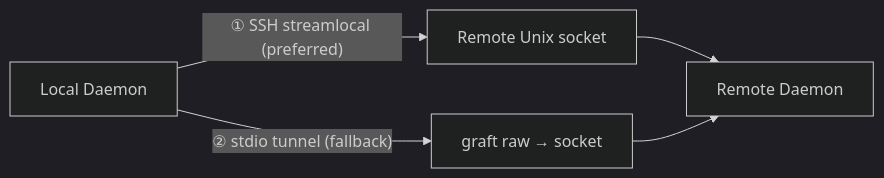
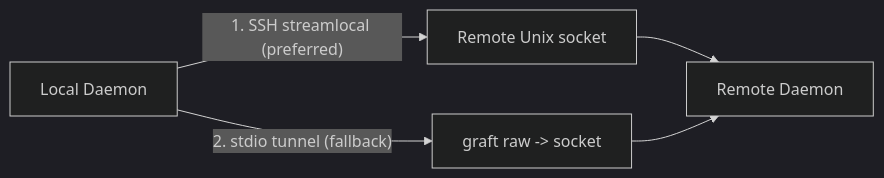
Before and after one commit to edaniels/graft: the third of 7 diagrams in docs/architecture.md, drawn with Mermaid (dark theme). The commit also changed other lines of this file, not shown here.

Commit message:
docs: fix port forwarding mermaid (#4)

````diff
--- a/docs/architecture.md
+++ b/docs/architecture.md
@@ -84,9 +84,9 @@
 ```mermaid
 graph LR
     local["Local Daemon"]
 
-    local -->|"① SSH streamlocal (preferred)"| sock["Remote Unix socket"]
-    local -->|"② stdio tunnel (fallback)"| raw["graft raw → socket"]
+    local -->|"1. SSH streamlocal (preferred)"| sock["Remote Unix socket"]
+    local -->|"2. stdio tunnel (fallback)"| raw["graft raw -> socket"]
     sock --> remote["Remote Daemon"]
     raw --> remote
 ```
````
